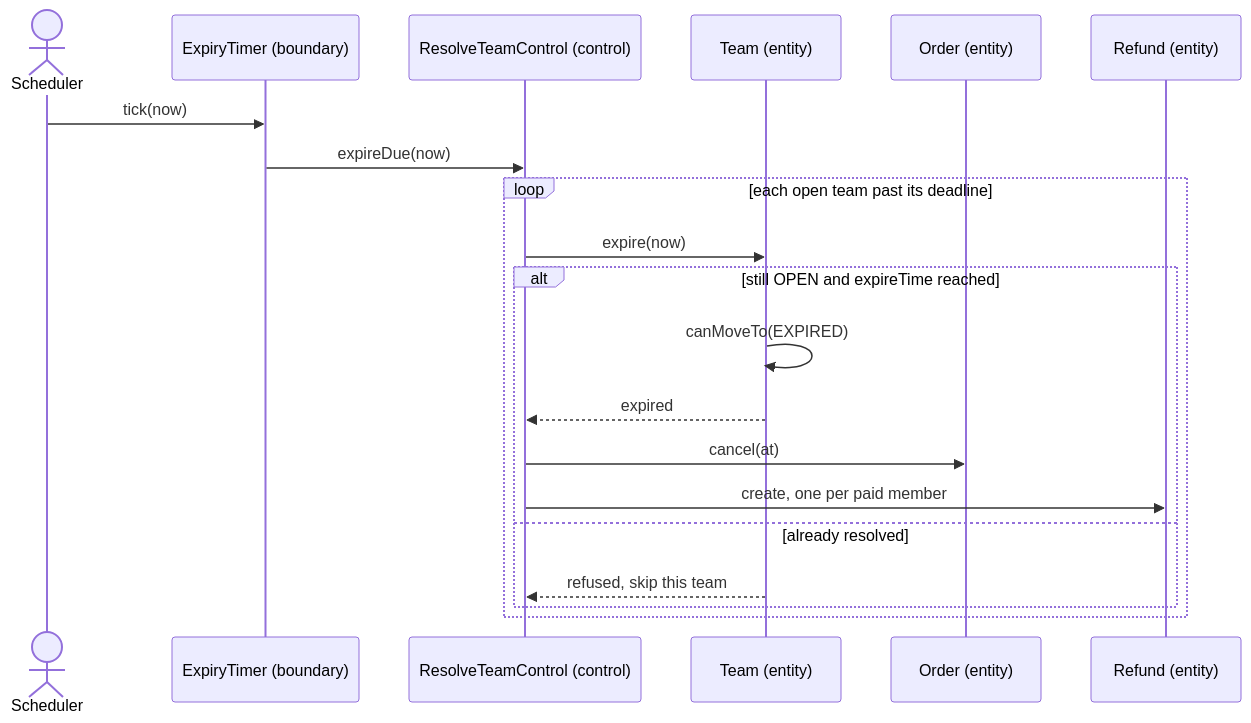
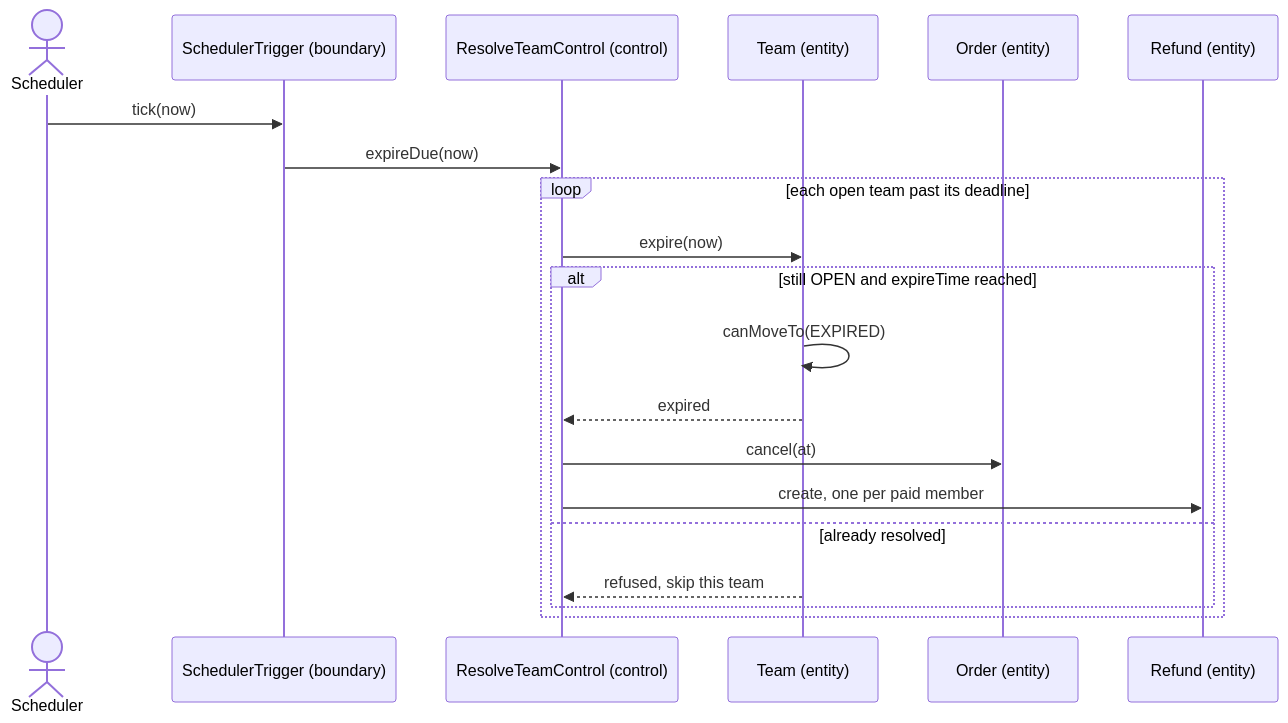
The eighth of 17 diagrams in docs/swe5006/report/sections/03-4-5-liu-jin.md (PPsyrius/iss-groupbuy-team8), drawn with Mermaid before and after one commit. The commit also changed other lines of this file, not shown here.

First line of the commit message:
docs(report): UC5 analysis models name the timer boundary SchedulerTrigger, as UC6 does (#463) [owner: Liu Jin]

````diff
--- a/docs/swe5006/report/sections/03-4-5-liu-jin.md
+++ b/docs/swe5006/report/sections/03-4-5-liu-jin.md
@@ -362,22 +362,22 @@
 ```mermaid
 sequenceDiagram
     actor Scheduler
-    participant X as ExpiryTimer (boundary)
+    participant X as SchedulerTrigger (boundary)
     participant R as ResolveTeamControl (control)
     participant T as Team (entity)
     participant O as Order (entity)
     participant F as Refund (entity)
     Scheduler->>X: tick(now)
     X->>R: expireDue(now)
     loop each open team past its deadline
         R->>T: expire(now)
         alt still OPEN and expireTime reached
             T->>T: canMoveTo(EXPIRED)
             T-->>R: expired
             R->>O: cancel(at)
             R->>F: create, one per paid member
         else already resolved
             T-->>R: refused, skip this team
         end
     end
 ```
````
